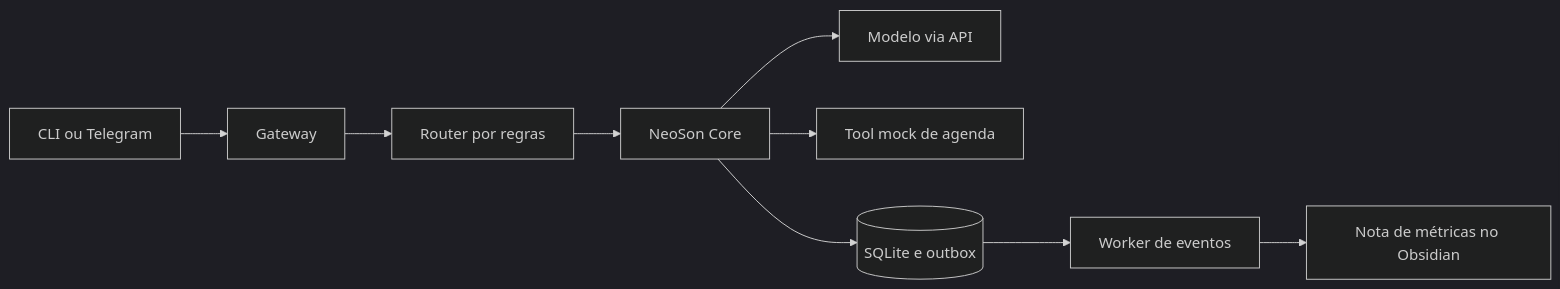
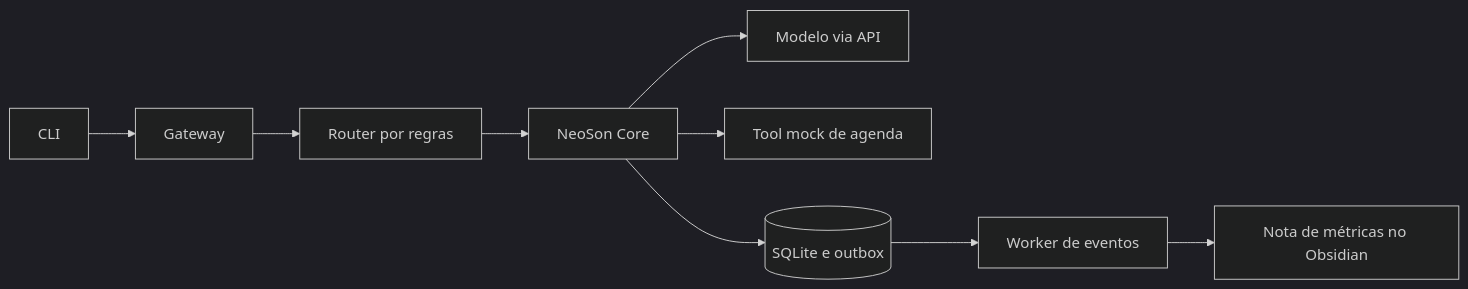
One commit to mhnasser/neoson changed the diagram in docs/architecture/NeoSon_Diagramas_Mermaid_v1.0/D18.mmd. Above: the diagram before and after it, drawn with Mermaid (dark theme). The commit also changed 32 other files, not shown here.

```diff
--- a/docs/architecture/NeoSon_Diagramas_Mermaid_v1.0/D18.mmd
+++ b/docs/architecture/NeoSon_Diagramas_Mermaid_v1.0/D18.mmd
@@ -1,18 +1,18 @@
 flowchart LR
-    CLI[CLI ou Telegram]
+    CLI[CLI]
     GW[Gateway]
     ROUTE[Router por regras]
     LOOP[NeoSon Core]
     LLM[Modelo via API]
     TOOL[Tool mock de agenda]
     DB[(SQLite e outbox)]
     WORK[Worker de eventos]
     NOTE[Nota de métricas no Obsidian]
     CLI --> GW
     GW --> ROUTE
     ROUTE --> LOOP
     LOOP --> LLM
     LOOP --> TOOL
     LOOP --> DB
     DB --> WORK
     WORK --> NOTE
```
